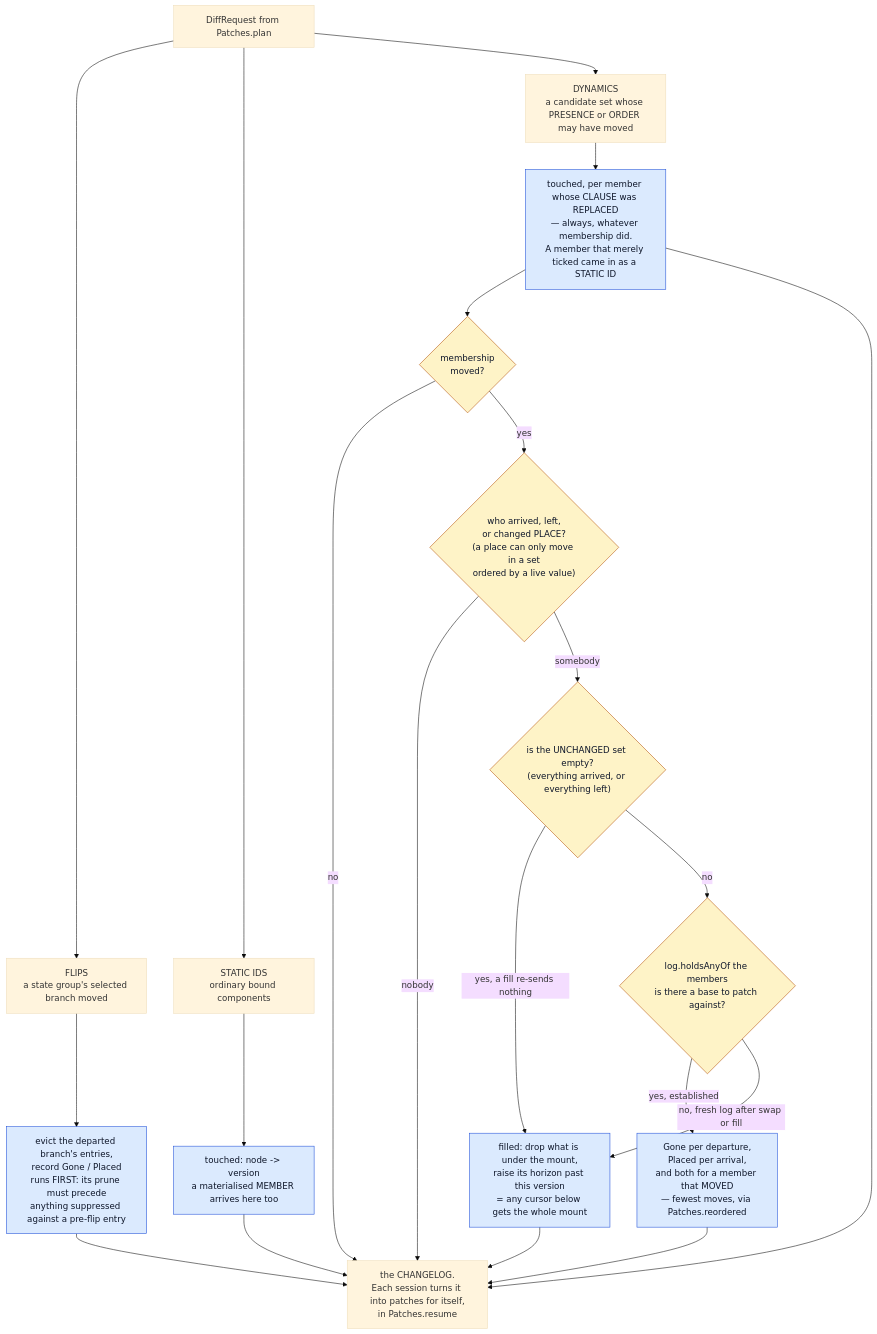
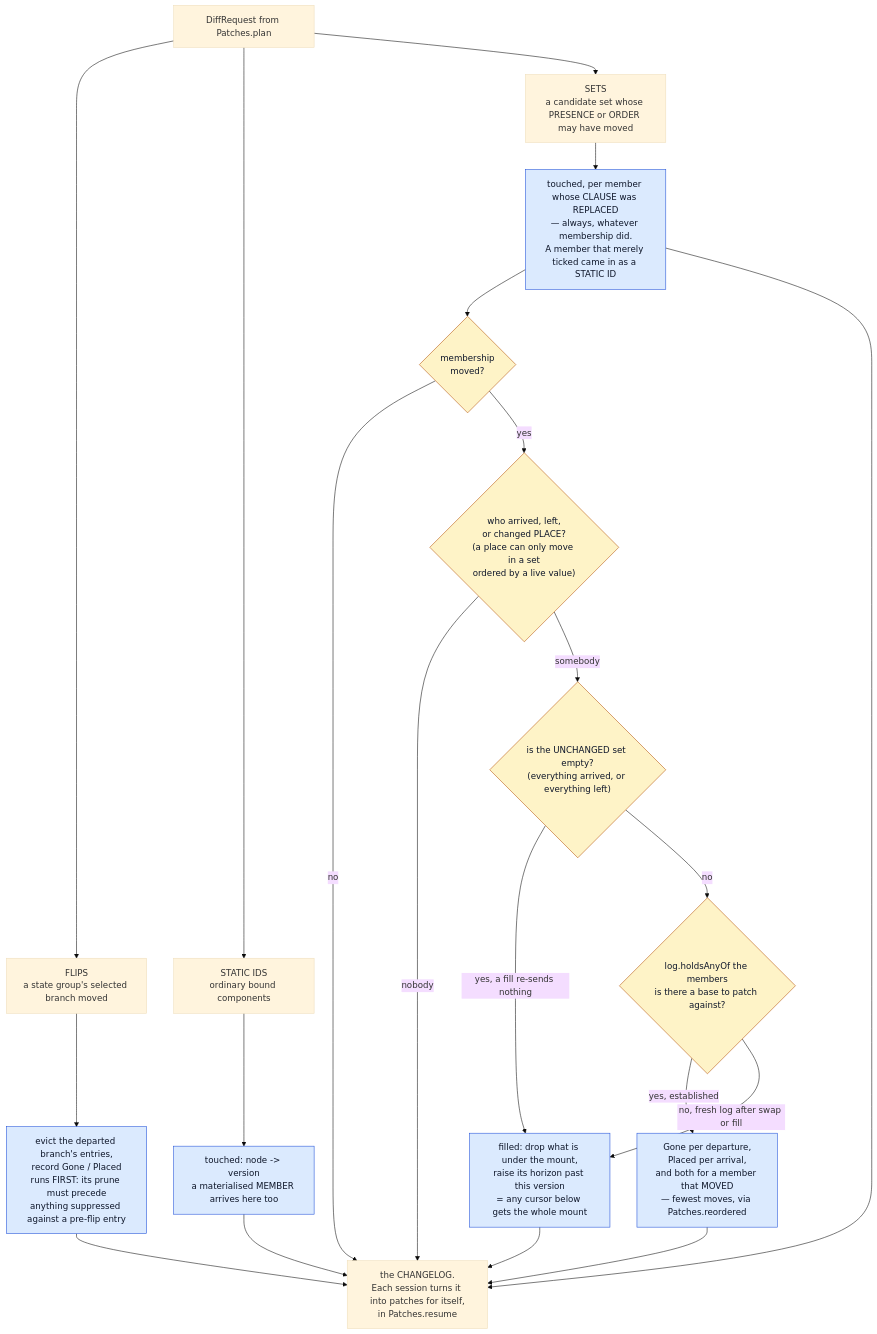
One commit to perok/functional-home-assistant changed the third of 4 diagrams in docs/architecture-rendering-pipeline.md. Above: the diagram before and after it, drawn with Mermaid (base theme). The commit also changed other lines of this file and 2 other files, not shown here.

````diff
--- a/docs/architecture-rendering-pipeline.md
+++ b/docs/architecture-rendering-pipeline.md
@@ -428,34 +428,34 @@
 ```mermaid
 flowchart TB
   REQ["DiffRequest from Patches.plan"]
 
   REQ --> FLIP["FLIPS<br/>a state group's selected branch moved"]
   REQ --> STAT["STATIC IDS<br/>ordinary bound components"]
-  REQ --> DYN["DYNAMICS<br/>a candidate set whose PRESENCE or ORDER may have moved"]
+  REQ --> DYN["SETS<br/>a candidate set whose PRESENCE or ORDER may have moved"]
 
   FLIP --> FLIPW["evict the departed branch's entries,<br/>record Gone / Placed<br/>runs FIRST: its prune must precede<br/>anything suppressed against a pre-flip entry"]
 
   STAT --> STATW["touched: node -&gt; version<br/>a materialised MEMBER arrives here too"]
 
   DYN --> REPL["touched, per member whose CLAUSE was REPLACED<br/>— always, whatever membership did.<br/>A member that merely ticked came in as a STATIC ID"]
   REPL --> SAME{"membership<br/>moved?"}
   SAME -->|no| OUT
   SAME -->|yes| SET{"who arrived, left,<br/>or changed PLACE?<br/>(a place can only move in a set<br/>ordered by a live value)"}
   SET -->|nobody| OUT
   SET -->|somebody| CHURN{"is the UNCHANGED set empty?<br/>(everything arrived, or everything left)"}
   CHURN -->|yes, a fill re-sends nothing| FILL["filled: drop what is under the mount,<br/>raise its horizon past this version<br/>= any cursor below gets the whole mount"]
   CHURN -->|no| EST{"log.holdsAnyOf the members<br/>is there a base to patch against?"}
   EST -->|yes, established| DELTA["Gone per departure,<br/>Placed per arrival,<br/>and both for a member that MOVED<br/>— fewest moves, via Patches.reordered"]
   EST -->|no, fresh log after swap or fill| FILL
 
   FLIPW --> OUT["the CHANGELOG.<br/>Each session turns it into patches for itself,<br/>in Patches.resume"]
   STATW --> OUT
   REPL --> OUT
   FILL --> OUT
   DELTA --> OUT
 
   classDef write fill:#dbeafe,stroke:#1d4ed8,color:#0f172a
   classDef q fill:#fef3c7,stroke:#b45309,color:#0f172a
   class FLIPW,STATW,REPL,FILL,DELTA write
   class SAME,SET,CHURN,EST q
 ```
````
